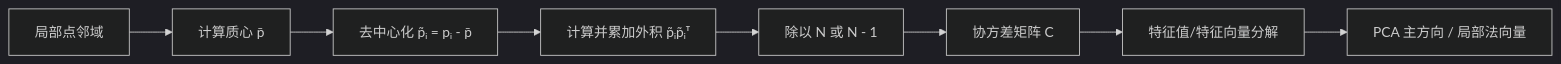
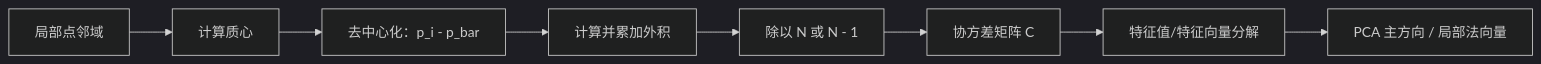
Before and after one commit to 2KM2/ROS-NOTEIC: the third of 5 diagrams in src/LaserMotion/doc/ICP点线体系化学习指南.md, drawn with Mermaid (dark theme). The commit also changed other lines of this file and 1 other file, not shown here.

First line of the commit message:
docs: fix Mermaid diagrams in ICP guides

````diff
--- a/src/LaserMotion/doc/ICP点线体系化学习指南.md
+++ b/src/LaserMotion/doc/ICP点线体系化学习指南.md
@@ -429,10 +418,10 @@
 ```mermaid
 flowchart LR
-    A[局部点邻域] --> B[计算质心 p̄]
-    B --> C[去中心化 p̃ᵢ = pᵢ - p̄]
-    C --> D[计算并累加外积 p̃ᵢp̃ᵢᵀ]
-    D --> E[除以 N 或 N - 1]
-    E --> F[协方差矩阵 C]
-    F --> G[特征值/特征向量分解]
-    G --> H[PCA 主方向 / 局部法向量]
+    A["局部点邻域"] --> B["计算质心"]
+    B --> C["去中心化：p_i - p_bar"]
+    C --> D["计算并累加外积"]
+    D --> E["除以 N 或 N - 1"]
+    E --> F["协方差矩阵 C"]
+    F --> G["特征值/特征向量分解"]
+    G --> H["PCA 主方向 / 局部法向量"]
 ```
````
